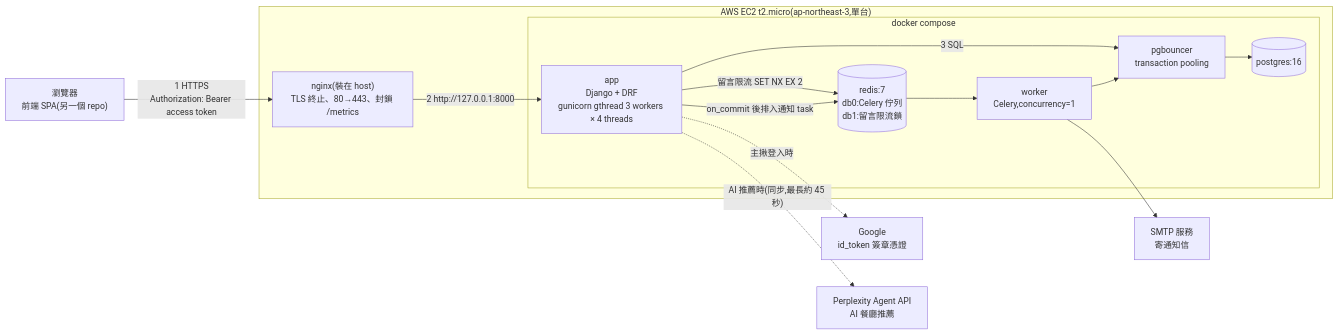
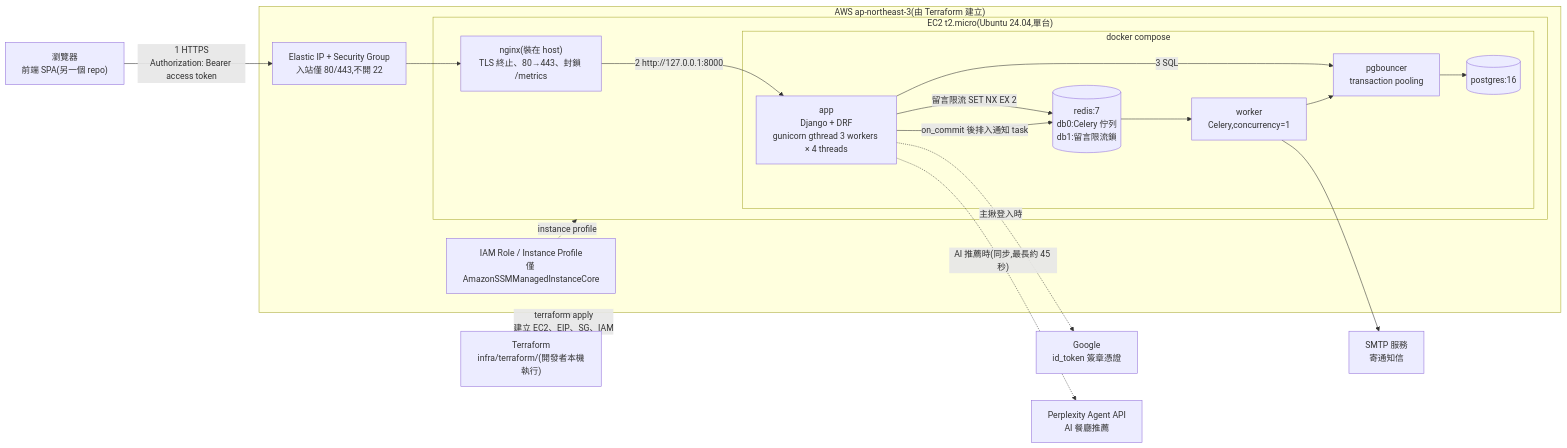
Before and after one commit to 2026-MentorShip-Project/jiu-sync-backend: the first of 5 diagrams in docs/report/01-architecture.md, drawn with Mermaid. The commit also changed other lines of this file and 4 other files, not shown here.

First line of the commit message:
docs(report): 新增 ER 圖、UML 流程對照 API,架構圖補上 Terraform

````diff
--- a/docs/report/01-architecture.md
+++ b/docs/report/01-architecture.md
@@ -14,29 +14,37 @@
 ```mermaid
 flowchart LR
     B["瀏覽器<br/>前端 SPA(另一個 repo)"]
     G["Google<br/>id_token 簽章憑證"]
     P["Perplexity Agent API<br/>AI 餐廳推薦"]
     M["SMTP 服務<br/>寄通知信"]
 
-    subgraph EC2["AWS EC2 t2.micro(ap-northeast-3,單台)"]
-        N["nginx(裝在 host)<br/>TLS 終止、80→443、封鎖 /metrics"]
-        subgraph C["docker compose"]
-            A["app<br/>Django + DRF<br/>gunicorn gthread 3 workers × 4 threads"]
-            W["worker<br/>Celery,concurrency=1"]
-            PB["pgbouncer<br/>transaction pooling"]
-            DB[("postgres:16")]
-            R[("redis:7<br/>db0:Celery 佇列<br/>db1:留言限流鎖")]
+    TF["Terraform<br/>infra/terraform/(開發者本機執行)"]
+
+    subgraph AWS["AWS ap-northeast-3(由 Terraform 建立)"]
+        EDGE["Elastic IP + Security Group<br/>入站僅 80/443,不開 22"]
+        IAM["IAM Role / Instance Profile<br/>僅 AmazonSSMManagedInstanceCore"]
+        subgraph EC2["EC2 t2.micro(Ubuntu 24.04,單台)"]
+            N["nginx(裝在 host)<br/>TLS 終止、80→443、封鎖 /metrics"]
+            subgraph C["docker compose"]
+                A["app<br/>Django + DRF<br/>gunicorn gthread 3 workers × 4 threads"]
+                W["worker<br/>Celery,concurrency=1"]
+                PB["pgbouncer<br/>transaction pooling"]
+                DB[("postgres:16")]
+                R[("redis:7<br/>db0:Celery 佇列<br/>db1:留言限流鎖")]
+            end
         end
     end
 
-    B -- "1 HTTPS<br/>Authorization: Bearer access token" --> N
+    TF -. "terraform apply<br/>建立 EC2、EIP、SG、IAM" .-> AWS
+    IAM -. "instance profile" .-> EC2
+    B -- "1 HTTPS<br/>Authorization: Bearer access token" --> EDGE --> N
     N -- "2 http://127.0.0.1:8000" --> A
     A -- "3 SQL" --> PB --> DB
     A -- "留言限流 SET NX EX 2" --> R
     A -- "on_commit 後排入通知 task" --> R
     R --> W
     W --> PB
     W --> M
     A -. "主揪登入時" .-> G
     A -. "AI 推薦時(同步,最長約 45 秒)" .-> P
 ```
````
